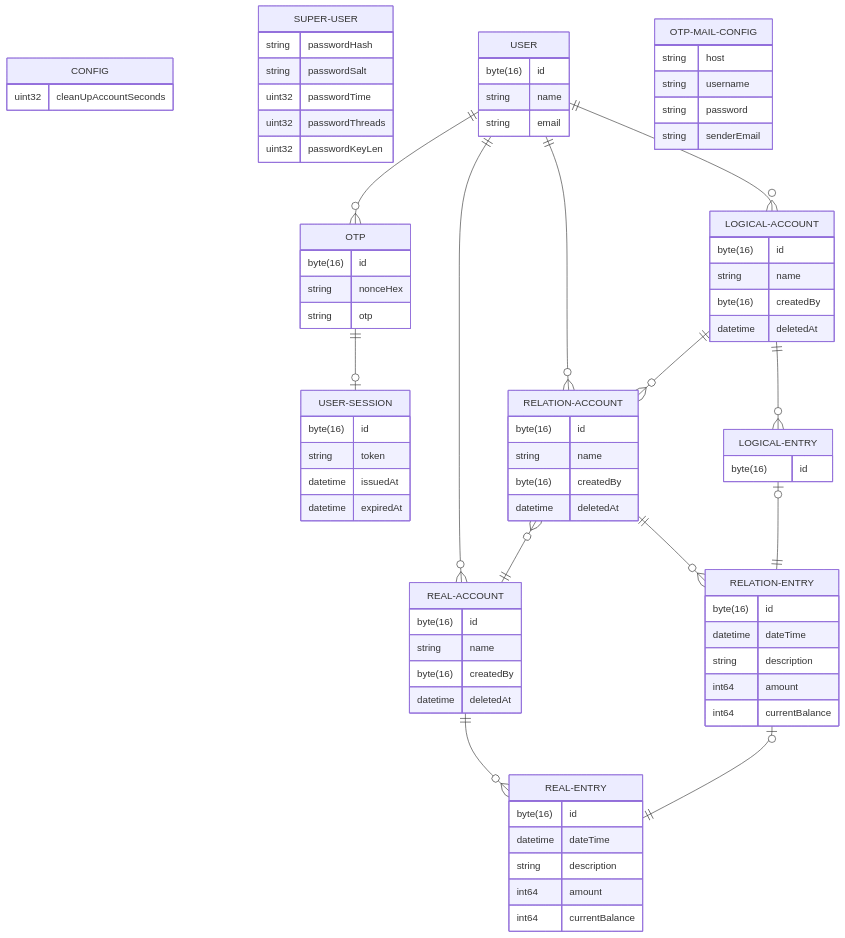
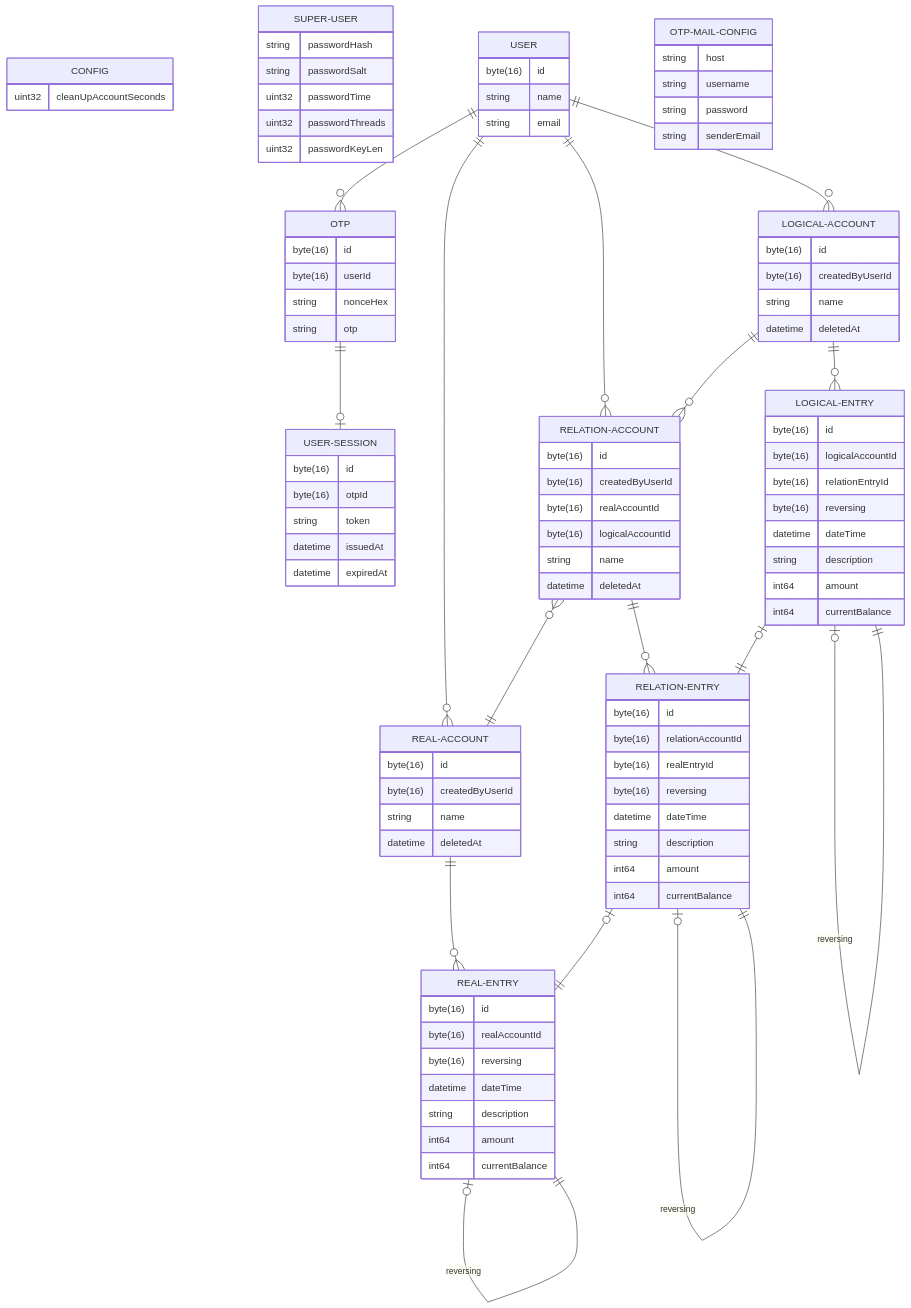
The diagram in doc/entity-relationship-diagram.mermaid (ilhammhdd/pitih), drawn with Mermaid before and after one commit. The commit also changed 3 other files, not shown here.

Commit message:
init architecture diagram, explicit relation properties of entities, reverse entry

```diff
--- a/doc/entity-relationship-diagram.mermaid
+++ b/doc/entity-relationship-diagram.mermaid
@@ -1,96 +1,116 @@
-%% v2.0.0
+%% v2.1.0
 erDiagram
     CONFIG {
         uint32 cleanUpAccountSeconds
     }
 
     SUPER-USER {
         string passwordHash
         string passwordSalt
         uint32 passwordTime
         uint32 passwordThreads
         uint32 passwordKeyLen
     }
 
     USER {
         byte(16) id
         string name
         string email
     }
 
     OTP {
         byte(16) id
+        byte(16) userId
         string nonceHex
         string otp
     }
 
     OTP-MAIL-CONFIG {
         string host
         string username
         string password
         string senderEmail
     }
 
     USER-SESSION {
         byte(16) id
+        byte(16) otpId
         string token
         datetime issuedAt
         datetime expiredAt
     }
 
     REAL-ACCOUNT {
         byte(16) id
+        byte(16) createdByUserId
         string name
-        byte(16) createdBy
         datetime deletedAt
     }
 
     LOGICAL-ACCOUNT {
         byte(16) id
+        byte(16) createdByUserId
         string name
-        byte(16) createdBy
         datetime deletedAt
     }
 
     RELATION-ACCOUNT {
         byte(16) id
+        byte(16) createdByUserId
+        byte(16) realAccountId
+        byte(16) logicalAccountId
         string name
-        byte(16) createdBy
         datetime deletedAt
     }
 
     LOGICAL-ENTRY {
         byte(16) id
+        byte(16) logicalAccountId
+        byte(16) relationEntryId
+        byte(16) reversing
+        datetime dateTime
+        string description
+        int64 amount
+        int64 currentBalance
     }
 
     RELATION-ENTRY {
         byte(16) id
+        byte(16) relationAccountId
+        byte(16) realEntryId
+        byte(16) reversing
         datetime dateTime
         string description
         int64 amount
         int64 currentBalance
     }
 
     REAL-ENTRY {
         byte(16) id
+        byte(16) realAccountId
+        byte(16) reversing
         datetime dateTime
         string description
         int64 amount
         int64 currentBalance
     }
 
     USER ||--o{ OTP: ""
     OTP ||--o| USER-SESSION: ""
     USER ||--o{ REAL-ACCOUNT: ""
     USER ||--o{ RELATION-ACCOUNT: ""
     USER ||--o{ LOGICAL-ACCOUNT: ""
 
     LOGICAL-ACCOUNT ||--o{ RELATION-ACCOUNT: ""
     RELATION-ACCOUNT }o--|| REAL-ACCOUNT: ""
 
     REAL-ACCOUNT ||--o{ REAL-ENTRY: ""
     RELATION-ACCOUNT ||--o{ RELATION-ENTRY: ""
     LOGICAL-ACCOUNT ||--o{ LOGICAL-ENTRY: ""
 
     LOGICAL-ENTRY |o--|| RELATION-ENTRY: ""
     RELATION-ENTRY |o--|| REAL-ENTRY: ""
+
+    REAL-ENTRY |o--|| REAL-ENTRY: "reversing"
+    LOGICAL-ENTRY |o--|| LOGICAL-ENTRY: "reversing"
+    RELATION-ENTRY |o--|| RELATION-ENTRY: "reversing"
```
